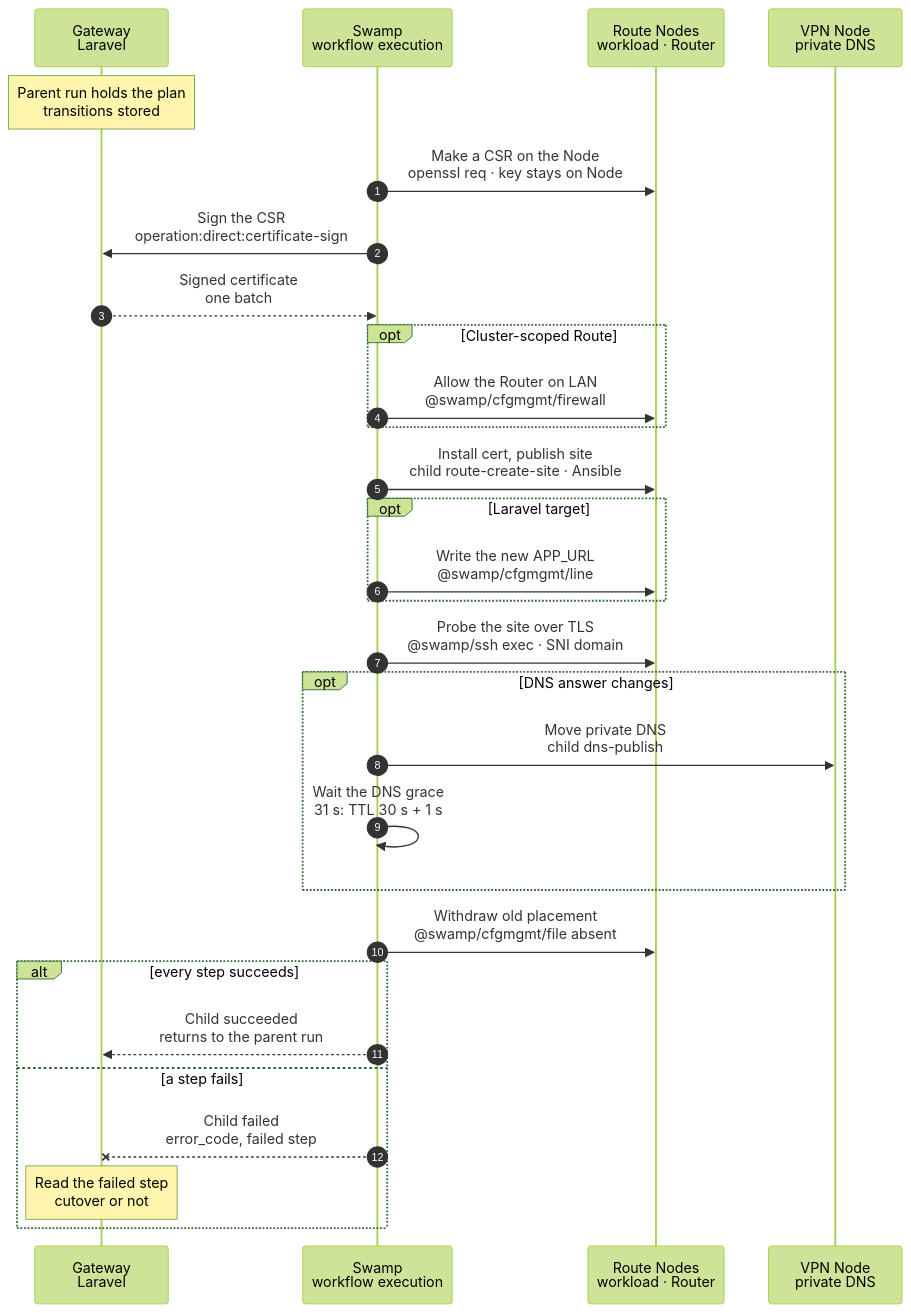
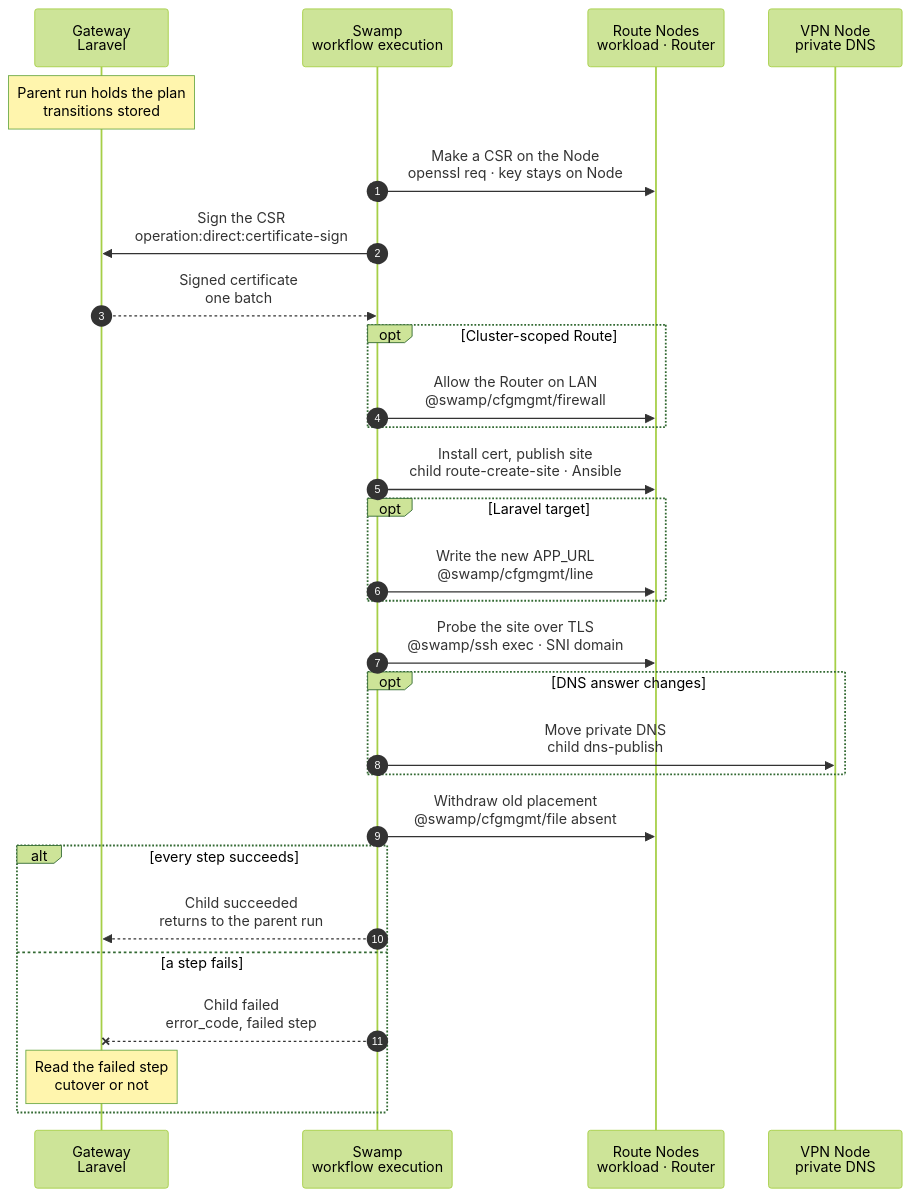
Before and after one commit to hardimpactdev/orbit: the diagram in docs/cli/route/reconcile.mmd, drawn with Mermaid (forest theme). The commit also changed 6 other files, not shown here.

Commit message:
docs: fix Cluster DNS handover and retirement design

```diff
--- a/docs/cli/route/reconcile.mmd
+++ b/docs/cli/route/reconcile.mmd
@@ -1,62 +1,61 @@
 sequenceDiagram
   %% Target design: shared child workflow of cluster:update, cluster:activate, cluster:deactivate, cluster:node:add and cluster:node:remove, with the steps of route:update. docs/reference/routes.md#change-a-tld-cluster-state-or-cluster-membership.
   %% Decided by the orchestrator, for Nick's review (2026-11-06): the site child is one Ansible phase per Node (tags site), because each placed Swamp step costs about 1.2 s and the child ran 30 in series (47.6 s measured).
   %% status: draft
   %% command: none · shared by the Cluster commands
   %% kind: route.reconcile
   autonumber
   %% lane GW icon=gateway pill=intent tone=blue
   %% lane SW icon=workflow pill=executes tone=green
   %% lane N icon=server pill=target tone=amber
   %% lane V icon=server pill=target tone=purple
   participant GW as Gateway<br/>Laravel
   participant SW as Swamp<br/>workflow execution
   participant N as Route Nodes<br/>workload · Router
   participant V as VPN Node<br/>private DNS
   Note over GW: Parent run holds the plan<br/>transitions stored
   %%> What it is:
   %%> - one child of the parent Cluster command's run; it takes every affected Route and reconciles them together
   %%> What the Gateway stored at admission:
   %%> - a pending replacement for each domain change and the old placement for each scope change
   SW->>N: Make a CSR on the Node<br/>openssl req · key stays on Node
   SW->>GW: Sign the CSR<br/>operation:direct:certificate-sign
   %%> Why a call to the Gateway:
   %%> - certificate signing is the one allowed step-to-Gateway call; the Orbit CA stays in the Gateway
   GW-->>SW: Signed certificate<br/>one batch
   opt Cluster-scoped Route
     SW->>N: Allow the Router on LAN<br/>@swamp/cfgmgmt/firewall
   end
   SW->>N: Install cert, publish site<br/>child route-create-site · Ansible
   %%> What it does:
   %%> - publishes each new site beside the old one on its workload Node and the Router; Caddy reloads after validation
   opt Laravel target
     SW->>N: Write the new APP_URL<br/>@swamp/cfgmgmt/line
   end
   SW->>N: Probe the site over TLS<br/>@swamp/ssh exec · SNI domain
   %%> Why:
   %%> - the probe checks the hostname and the Orbit CA; an application HTTP error does not fail it, and a failed probe stops the cutover
   opt DNS answer changes
     SW->>V: Move private DNS<br/>child dns-publish
-    SW->>SW: Wait the DNS grace<br/>31 s: TTL 30 s + 1 s
-    %%> Why once for all Routes:
-    %%> - all names move in one step and the grace is paid once; it counts from the stored time of the last move, so a rerun does not skip it
+    %%> Retirement barrier:
+    %%> - shared dns-publish owns the single 31-second grace and its durable retry deadline; this child adds no wait
   end
   SW->>N: Withdraw old placement<br/>@swamp/cfgmgmt/file absent
   %%> What it does:
   %%> - removes the old sites, and the certificates and LAN rules the new placement does not need
   alt every step succeeds
     SW-->>GW: Child succeeded<br/>returns to the parent run
   else a step fails
     SW--xGW: Child failed<br/>error_code, failed step
     Note over GW: Read the failed step<br/>cutover or not
     %%> How the Gateway knows the cutover:
     %%> - it derives it from the failed step, as for `route:update`; a step up to the DNS move is before it
     %%> Result before the cutover:
     %%> - the old Routes stay authoritative and the replacements are `failed`; the Gateway restores the Laravel URLs and private DNS; a failed Caddy validation leaves the candidate file and stops the reload
     %%> Result after the cutover:
     %%> - a failure in the DNS grace or the withdrawal leaves the new placement authoritative and the old one retiring; a rerun finishes
     %%> On the Nodes:
     %%> - finished steps stay; there is no rollback
     %%> Retry:
     %%> - run the same parent command again; every step runs again and skips what already matches
   end
```
